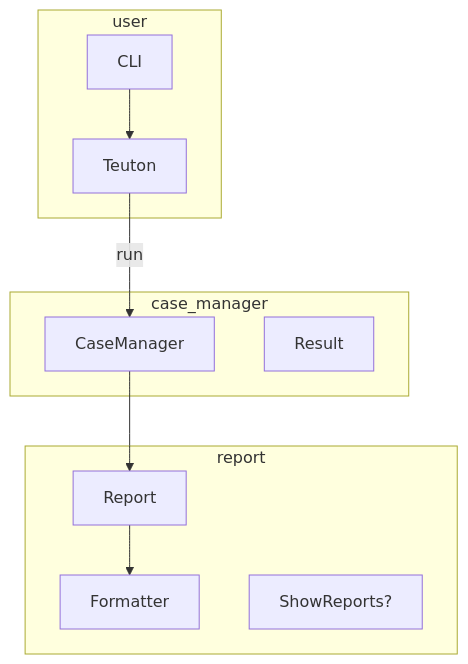
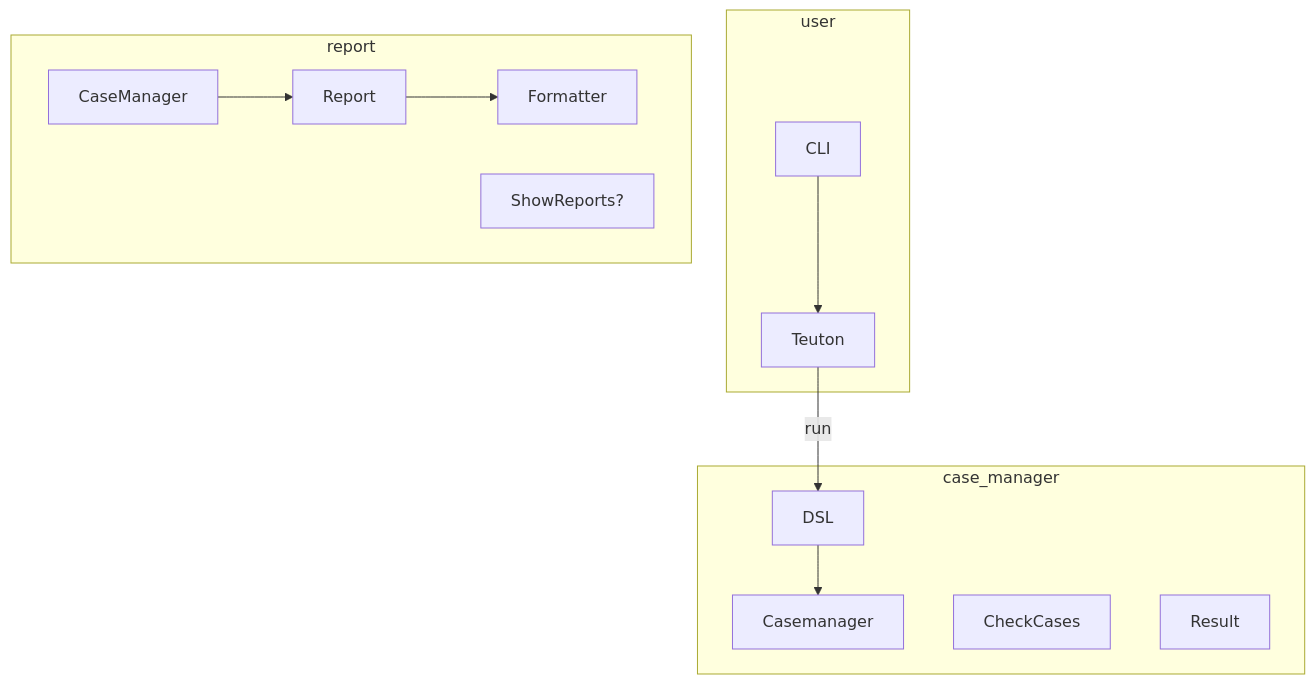
One commit to teuton-software/teuton changed the second of 2 diagrams in docs/diagram.md. Above: the diagram before and after it, drawn with Mermaid. The commit also changed 2 other files, not shown here.

````diff
--- a/docs/diagram.md
+++ b/docs/diagram.md
@@ -43,19 +43,21 @@
 ```mermaid
 flowchart TB
 
 subgraph user
   CLI --> Teuton
 end
 
 subgraph case_manager
-  Teuton -- run --> CaseManager
+  Teuton -- run --> DSL
+  DSL --> Casemanager
+  CheckCases
   Result
 end
 
 subgraph report
   CaseManager --> Report
   Report --> Formatter
 
   ShowReports?
 end
 ```
````
